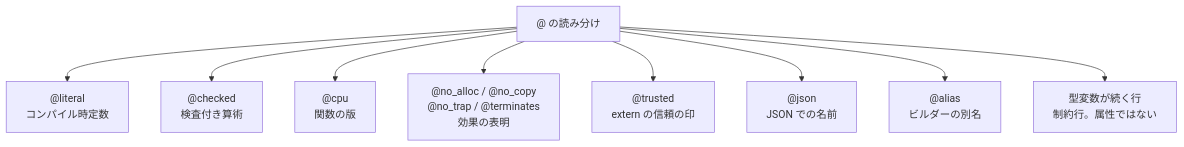
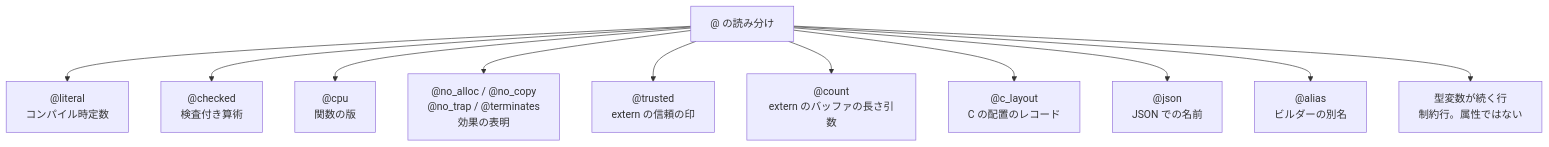
Before and after one commit to tatsuya-midorikawa/Tsuzuri: the diagram in _tsuzuri/language-reference/values-and-functions/attributes.md, drawn with Mermaid. The commit also changed other lines of this file and 4 other files, not shown here.

````diff
--- a/_tsuzuri/language-reference/values-and-functions/attributes.md
+++ b/_tsuzuri/language-reference/values-and-functions/attributes.md
@@ -21,12 +23,14 @@
 ```mermaid
 flowchart TD
     at["@ の読み分け"]
     at --> literal["@literal<br/>コンパイル時定数"]
     at --> checked["@checked<br/>検査付き算術"]
     at --> cpu["@cpu<br/>関数の版"]
     at --> effects["@no_alloc / @no_copy<br/>@no_trap / @terminates<br/>効果の表明"]
     at --> trusted["@trusted<br/>extern の信頼の印"]
+    at --> count["@count<br/>extern のバッファの長さ引数"]
+    at --> clayout["@c_layout<br/>C の配置のレコード"]
     at --> json["@json<br/>JSON での名前"]
     at --> alias["@alias<br/>ビルダーの別名"]
     at --> row["型変数が続く行<br/>制約行。属性ではない"]
 ```
````
